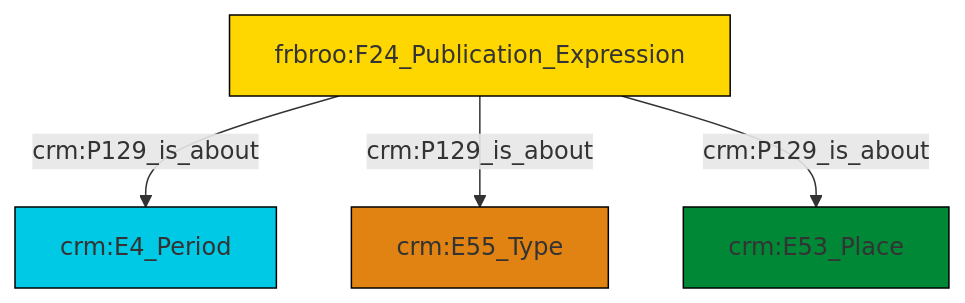
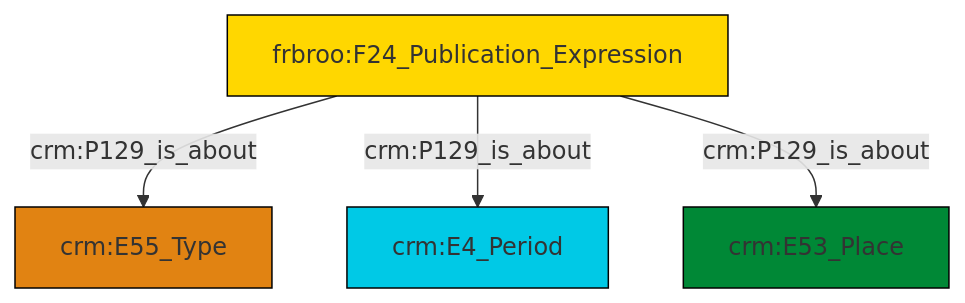
The diagram in et/biblioCSV/ttl/mmd/biblio_aboutness.ttl.mmd (swiss-art-research-net/reference-data-models), drawn with Mermaid before and after one commit. The commit also changed 126 other files, not shown here.

```diff
--- a/et/biblioCSV/ttl/mmd/biblio_aboutness.ttl.mmd
+++ b/et/biblioCSV/ttl/mmd/biblio_aboutness.ttl.mmd
@@ -1,18 +1,18 @@
 graph TD
 classDef Literal fill:#f2f2f2,stroke:#000000;
 classDef CRM_Entity fill:#FFFFFF,stroke:#000000;
 classDef Temporal_Entity fill:#00C9E6, stroke:#000000;
 classDef Type fill:#E18312, stroke:#000000;
 classDef Time-Span fill:#2C9C91, stroke:#000000;
 classDef Appellation fill:#FFEB7F, stroke:#000000;
 classDef Place fill:#008836, stroke:#000000;
 classDef Persistent_Item fill:#B266B2, stroke:#000000;
 classDef Conceptual_Object fill:#FFD700, stroke:#000000;
 classDef Physical_Thing fill:#D2B48C, stroke:#000000;
 classDef Actor fill:#f58aad, stroke:#000000;
 classDef PC_Classes fill:#4ce600, stroke:#000000;
 classDef Multi fill:#cccccc,stroke:#000000;
 
-0["frbroo:F24_Publication_Expression"]:::Conceptual_Object -->|crm:P129_is_about| 1["crm:E4_Period"]:::Temporal_Entity
-0["frbroo:F24_Publication_Expression"]:::Conceptual_Object -->|crm:P129_is_about| 2["crm:E55_Type"]:::Type
-0["frbroo:F24_Publication_Expression"]:::Conceptual_Object -->|crm:P129_is_about| 4["crm:E53_Place"]:::Place
+4["frbroo:F24_Publication_Expression"]:::Conceptual_Object -->|crm:P129_is_about| 5["crm:E55_Type"]:::Type
+4["frbroo:F24_Publication_Expression"]:::Conceptual_Object -->|crm:P129_is_about| 2["crm:E4_Period"]:::Temporal_Entity
+4["frbroo:F24_Publication_Expression"]:::Conceptual_Object -->|crm:P129_is_about| 0["crm:E53_Place"]:::Place
```
